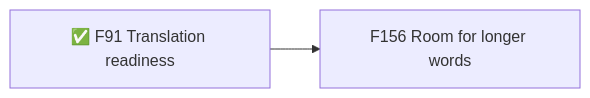
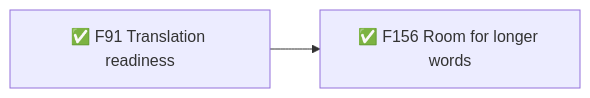
One commit to TheBlueMuzzy/framework changed diagram 26 of 26 in .planning/ROADMAP.md. Above: the diagram before and after it, drawn with Mermaid. The commit also changed other lines of this file and 2 other files, not shown here.

````diff
--- a/.planning/ROADMAP.md
+++ b/.planning/ROADMAP.md
@@ -429,4 +429,4 @@
 ```mermaid
 flowchart LR
-  F91[✅ F91 Translation readiness] --> F156[F156 Room for longer words]
+  F91[✅ F91 Translation readiness] --> F156[✅ F156 Room for longer words]
 ```
````
